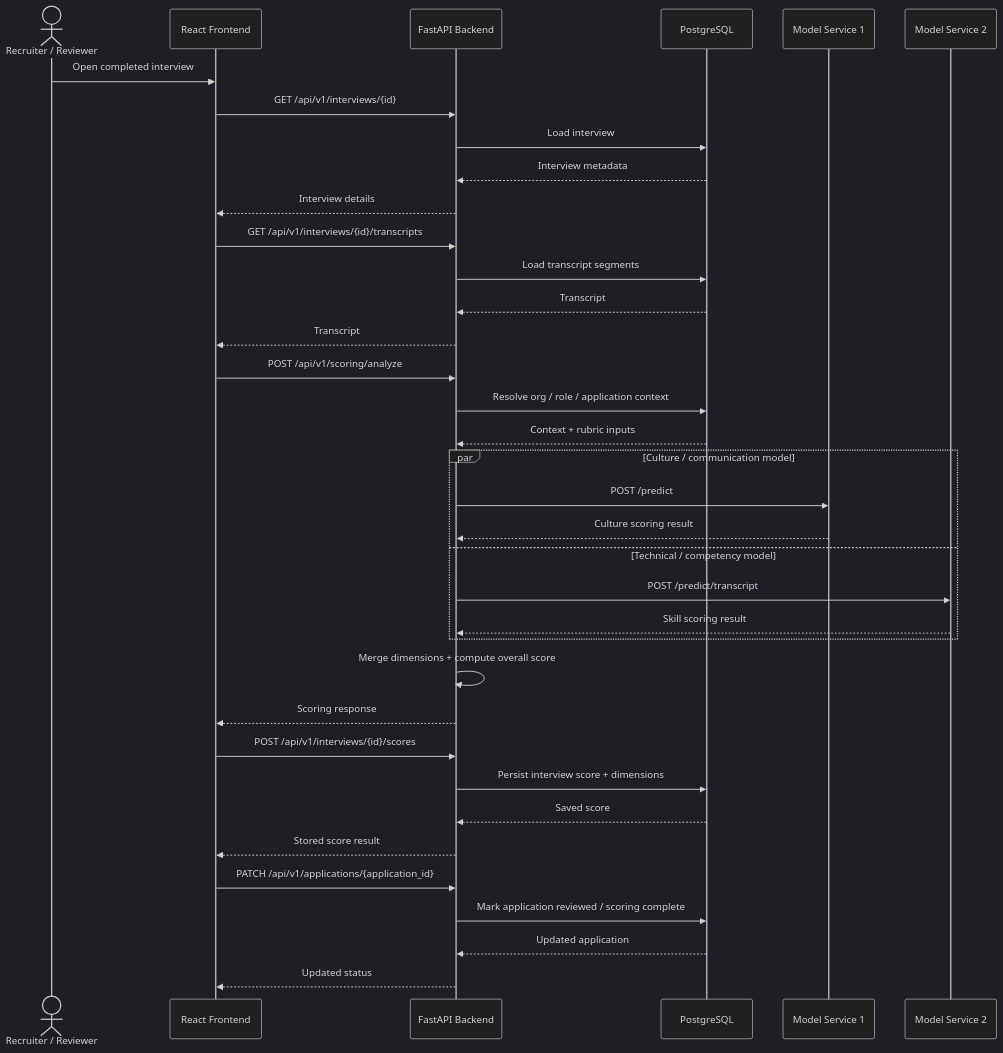
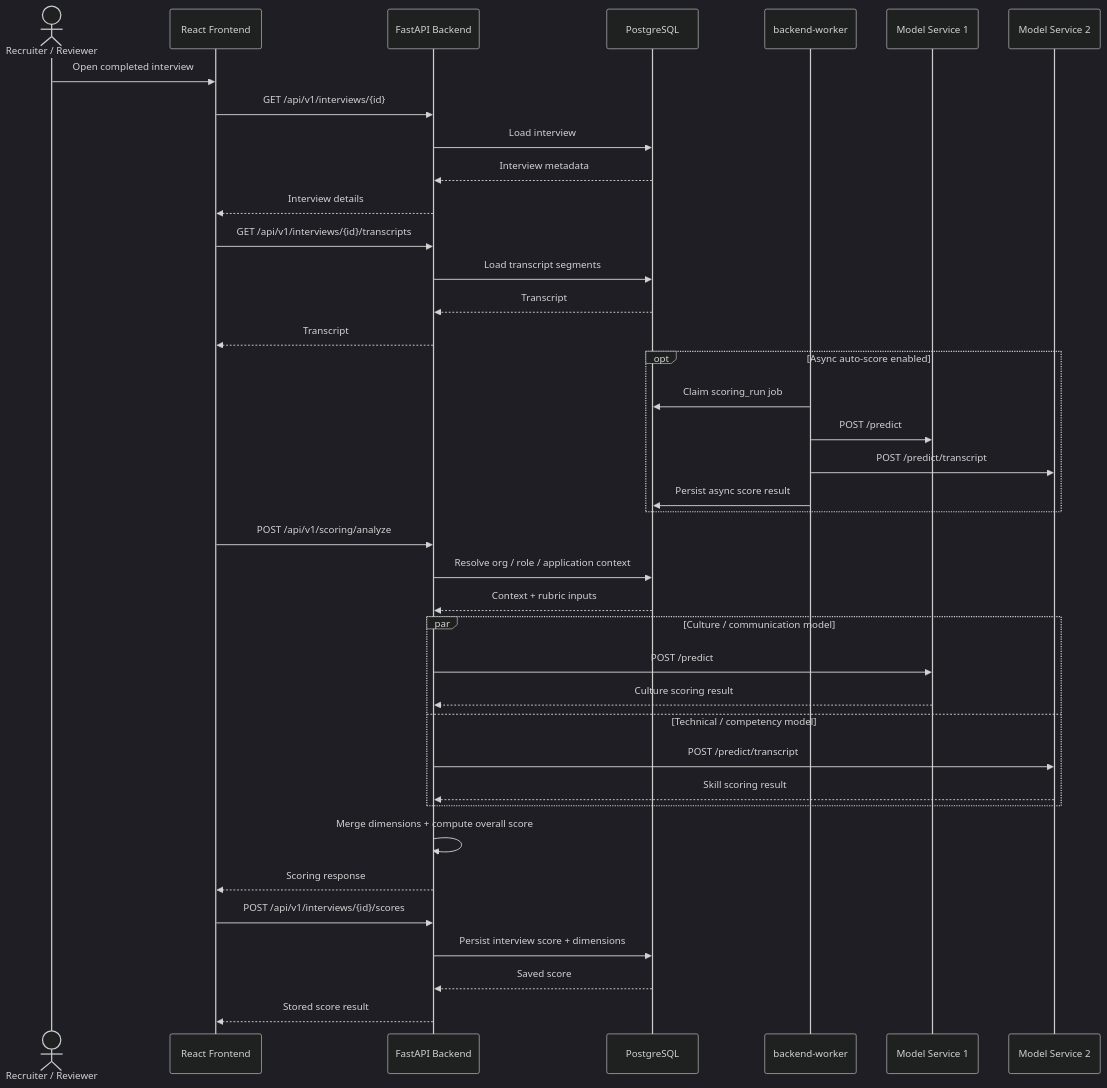
The third of 3 diagrams in documentation/ARCHITECTURE_DIAGRAM.md (dcava30/Talenti_MVP), drawn with Mermaid (dark theme) before and after one commit. The commit also changed other lines of this file and 14 other files, not shown here.

````diff
--- a/documentation/ARCHITECTURE_DIAGRAM.md
+++ b/documentation/ARCHITECTURE_DIAGRAM.md
@@ -161,45 +180,48 @@
 ```mermaid
 sequenceDiagram
     actor Recruiter as Recruiter / Reviewer
     participant UI as React Frontend
     participant API as FastAPI Backend
     participant DB as PostgreSQL
+    participant BW as backend-worker
     participant M1 as Model Service 1
     participant M2 as Model Service 2
 
     Recruiter->>UI: Open completed interview
     UI->>API: GET /api/v1/interviews/{id}
     API->>DB: Load interview
     DB-->>API: Interview metadata
     API-->>UI: Interview details
 
     UI->>API: GET /api/v1/interviews/{id}/transcripts
     API->>DB: Load transcript segments
     DB-->>API: Transcript
     API-->>UI: Transcript
+
+    opt Async auto-score enabled
+        BW->>DB: Claim scoring_run job
+        BW->>M1: POST /predict
+        BW->>M2: POST /predict/transcript
+        BW->>DB: Persist async score result
+    end
 
     UI->>API: POST /api/v1/scoring/analyze
     API->>DB: Resolve org / role / application context
     DB-->>API: Context + rubric inputs
 
     par Culture / communication model
         API->>M1: POST /predict
         M1-->>API: Culture scoring result
     and Technical / competency model
         API->>M2: POST /predict/transcript
         M2-->>API: Skill scoring result
     end
 
     API->>API: Merge dimensions + compute overall score
     API-->>UI: Scoring response
 
     UI->>API: POST /api/v1/interviews/{id}/scores
     API->>DB: Persist interview score + dimensions
     DB-->>API: Saved score
     API-->>UI: Stored score result
-
-    UI->>API: PATCH /api/v1/applications/{application_id}
-    API->>DB: Mark application reviewed / scoring complete
-    DB-->>API: Updated application
-    API-->>UI: Updated status
 ```
````
